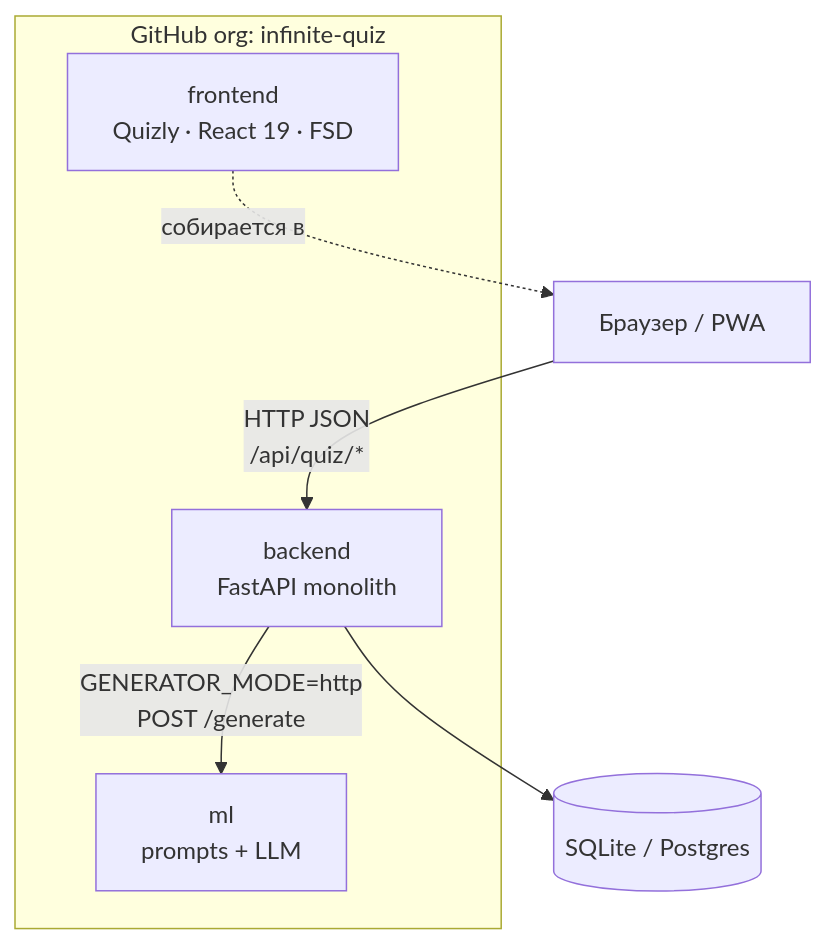
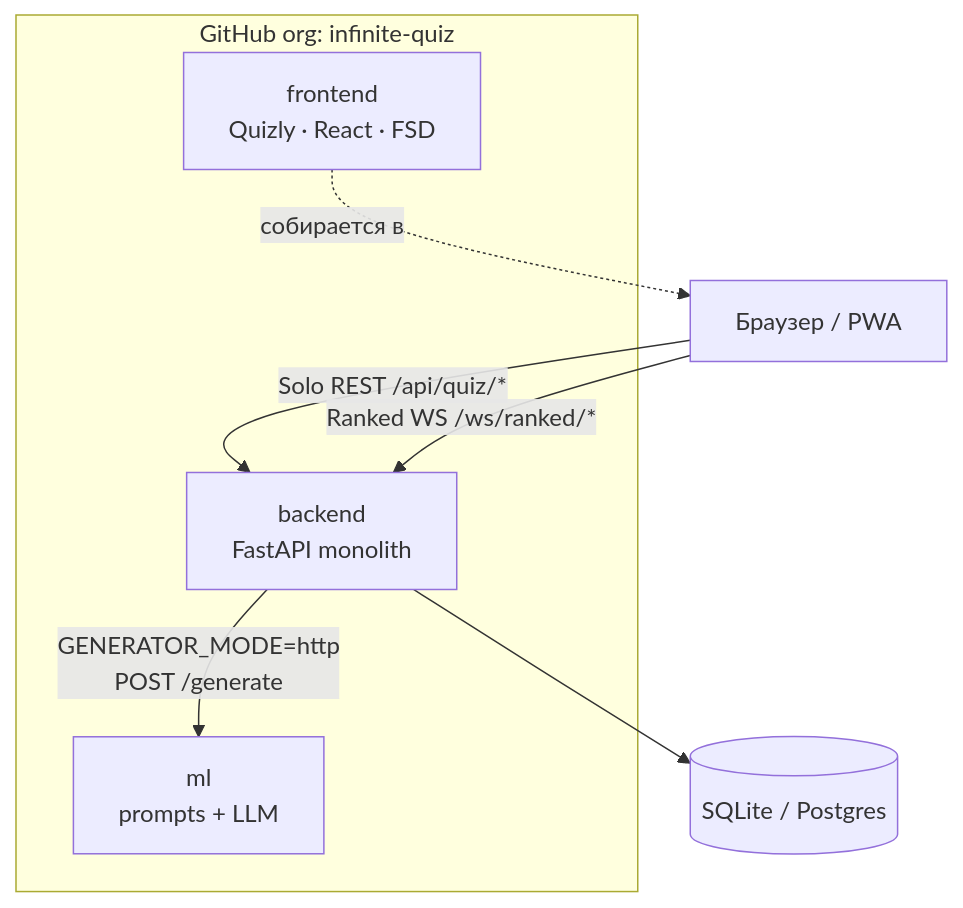
One commit to infinite-quiz/backend changed the first of 5 diagrams in docs/architecture.md. Above: the diagram before and after it, drawn with Mermaid. The commit also changed other lines of this file and 3 other files, not shown here.

Commit message:
Update docs for solo REST and ranked WebSocket

````diff
--- a/docs/architecture.md
+++ b/docs/architecture.md
@@ -7,16 +14,17 @@
 ```mermaid
 flowchart TB
   subgraph Org["GitHub org: infinite-quiz"]
-    FE["frontend<br/>Quizly · React 19 · FSD"]
+    FE["frontend<br/>Quizly · React · FSD"]
     BE["backend<br/>FastAPI monolith"]
     ML["ml<br/>prompts + LLM"]
   end
 
   Browser["Браузер / PWA"]
   DB[(SQLite / Postgres)]
 
-  Browser -->|HTTP JSON<br/>/api/quiz/*| BE
+  Browser -->|Solo REST /api/quiz/*| BE
+  Browser -->|Ranked WS /ws/ranked/*| BE
   FE -.->|собирается в| Browser
   BE -->|GENERATOR_MODE=http<br/>POST /generate| ML
   BE --> DB
 ```
````
